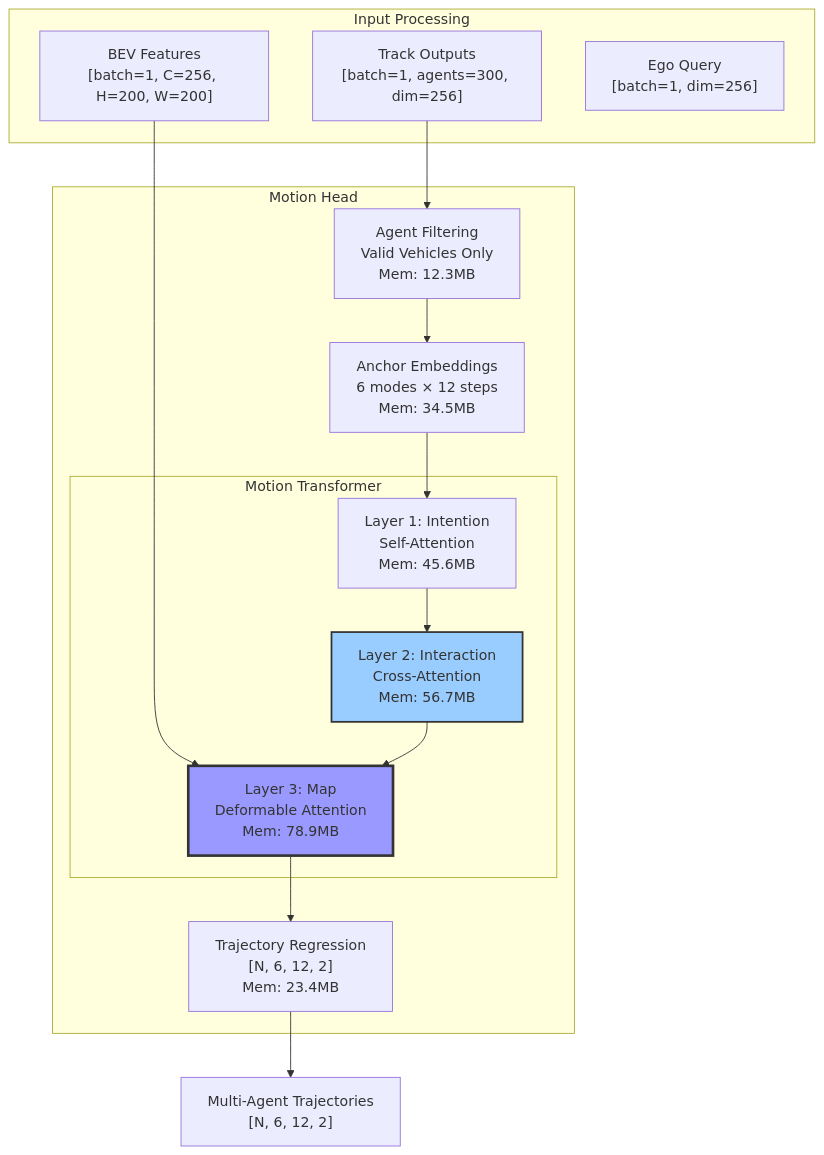
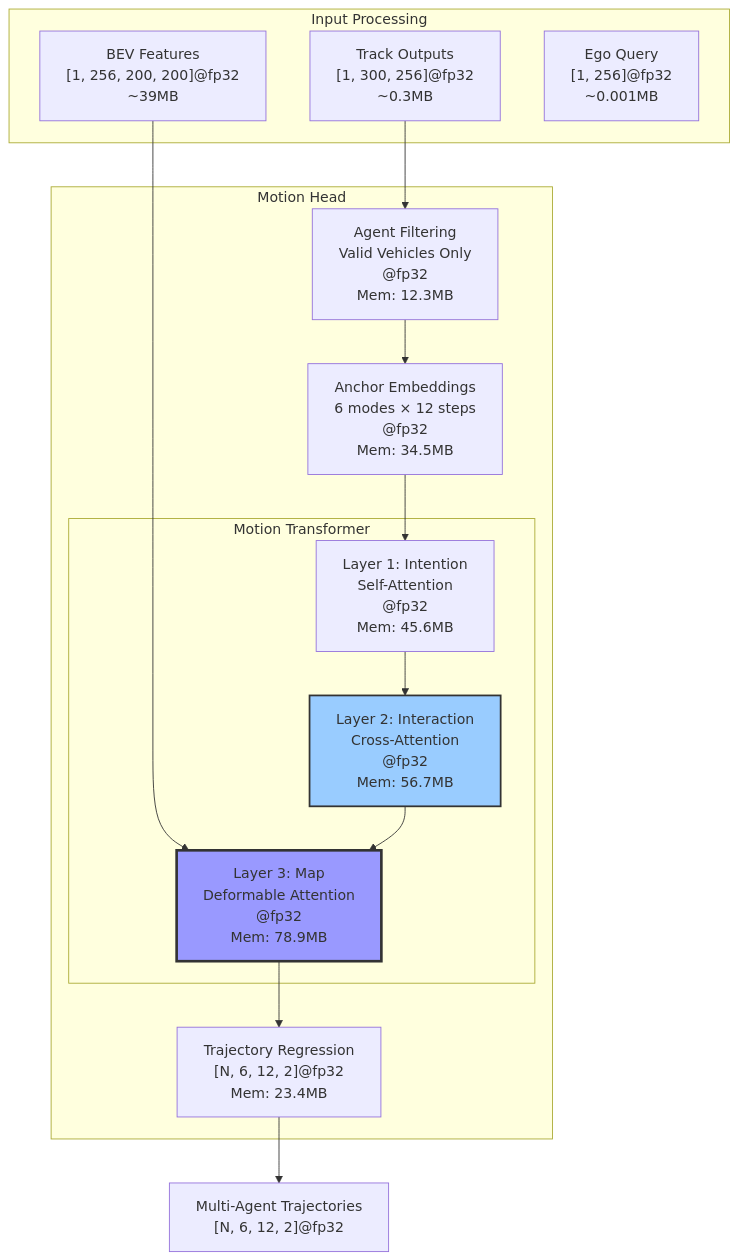
One commit to litanlitudan/UniAD changed the first of 4 diagrams in tools/pytorch_op_tracer/reports/task_heads/motion_head_report.md. Above: the diagram before and after it, drawn with Mermaid. The commit also changed other lines of this file and 17 other files, not shown here.

````diff
--- a/tools/pytorch_op_tracer/reports/task_heads/motion_head_report.md
+++ b/tools/pytorch_op_tracer/reports/task_heads/motion_head_report.md
@@ -24,34 +24,34 @@
 ```mermaid
 graph TB
     subgraph "Input Processing"
-        Track["Track Outputs<br/>[batch=1, agents=300, dim=256]"]
-        BEV["BEV Features<br/>[batch=1, C=256, H=200, W=200]"]
-        SDC["Ego Query<br/>[batch=1, dim=256]"]
+        Track["Track Outputs<br/>[1, 300, 256]@fp32<br/>~0.3MB"]
+        BEV["BEV Features<br/>[1, 256, 200, 200]@fp32<br/>~39MB"]
+        SDC["Ego Query<br/>[1, 256]@fp32<br/>~0.001MB"]
     end
     
     subgraph "Motion Head"
-        Filter["Agent Filtering<br/>Valid Vehicles Only<br/>Mem: 12.3MB"]
-        Anchor["Anchor Embeddings<br/>6 modes × 12 steps<br/>Mem: 34.5MB"]
+        Filter["Agent Filtering<br/>Valid Vehicles Only<br/>@fp32<br/>Mem: 12.3MB"]
+        Anchor["Anchor Embeddings<br/>6 modes × 12 steps<br/>@fp32<br/>Mem: 34.5MB"]
         
         subgraph "Motion Transformer"
-            L1["Layer 1: Intention<br/>Self-Attention<br/>Mem: 45.6MB"]
-            L2["Layer 2: Interaction<br/>Cross-Attention<br/>Mem: 56.7MB"]
-            L3["Layer 3: Map<br/>Deformable Attention<br/>Mem: 78.9MB"]
+            L1["Layer 1: Intention<br/>Self-Attention<br/>@fp32<br/>Mem: 45.6MB"]
+            L2["Layer 2: Interaction<br/>Cross-Attention<br/>@fp32<br/>Mem: 56.7MB"]
+            L3["Layer 3: Map<br/>Deformable Attention<br/>@fp32<br/>Mem: 78.9MB"]
         end
         
-        Reg["Trajectory Regression<br/>[N, 6, 12, 2]<br/>Mem: 23.4MB"]
+        Reg["Trajectory Regression<br/>[N, 6, 12, 2]@fp32<br/>Mem: 23.4MB"]
     end
     
     Track --> Filter
     Filter --> Anchor
     Anchor --> L1
     BEV --> L3
     L1 --> L2
     L2 --> L3
     L3 --> Reg
     
-    Reg --> Output["Multi-Agent Trajectories<br/>[N, 6, 12, 2]"]
+    Reg --> Output["Multi-Agent Trajectories<br/>[N, 6, 12, 2]@fp32"]
     
     style L3 fill:#9999ff,stroke:#333,stroke-width:3px
     style L2 fill:#99ccff,stroke:#333,stroke-width:2px
 ```
````
